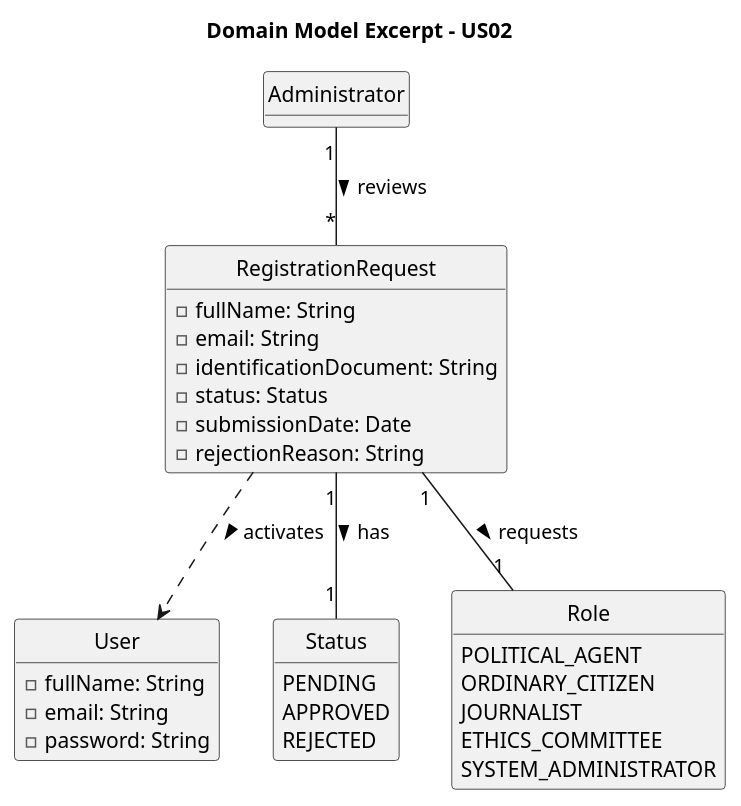
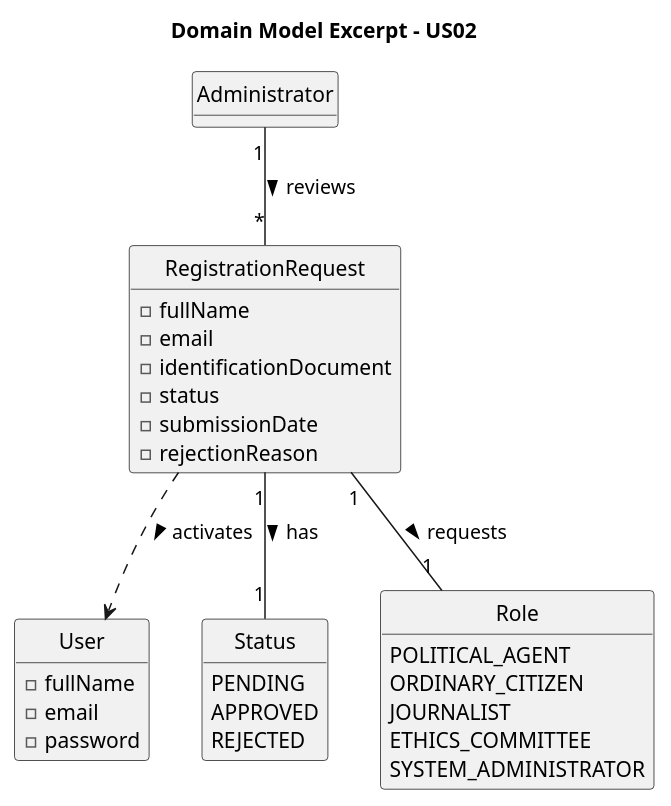
One commit to brunodspinto/crystal-clear-platform changed the diagram in docs/system-documentation/US02/02.analysis/puml/US02-DM.puml. Above: the diagram before and after it, drawn with PlantUML. The commit also changed 26 other files, not shown here.

```diff
--- a/docs/system-documentation/US02/02.analysis/puml/US02-DM.puml
+++ b/docs/system-documentation/US02/02.analysis/puml/US02-DM.puml
@@ -1,48 +1,48 @@
 @startuml
 skinparam monochrome true
 skinparam packageStyle rectangle
 skinparam shadowing false
 
 hide circle
 hide methods
 
 title Domain Model Excerpt - US02
 
 class Administrator {
 }
 
 class RegistrationRequest {
-    - fullName: String
-    - email: String
-    - identificationDocument: String
-    - status: Status
-    - submissionDate: Date
-    - rejectionReason: String
+    - fullName
+    - email
+    - identificationDocument
+    - status
+    - submissionDate
+    - rejectionReason
 }
 
 class User {
-    - fullName: String
-    - email: String
-    - password: String
+    - fullName
+    - email
+    - password
 }
 
 enum Status {
     PENDING
     APPROVED
     REJECTED
 }
 
 enum Role {
     POLITICAL_AGENT
     ORDINARY_CITIZEN
     JOURNALIST
     ETHICS_COMMITTEE
     SYSTEM_ADMINISTRATOR
 }
 
 Administrator "1" -- "*" RegistrationRequest : reviews >
 RegistrationRequest "1" -- "1" Status : has >
 RegistrationRequest "1" -- "1" Role : requests >
 RegistrationRequest ..> User : activates >
 
 @enduml
```
